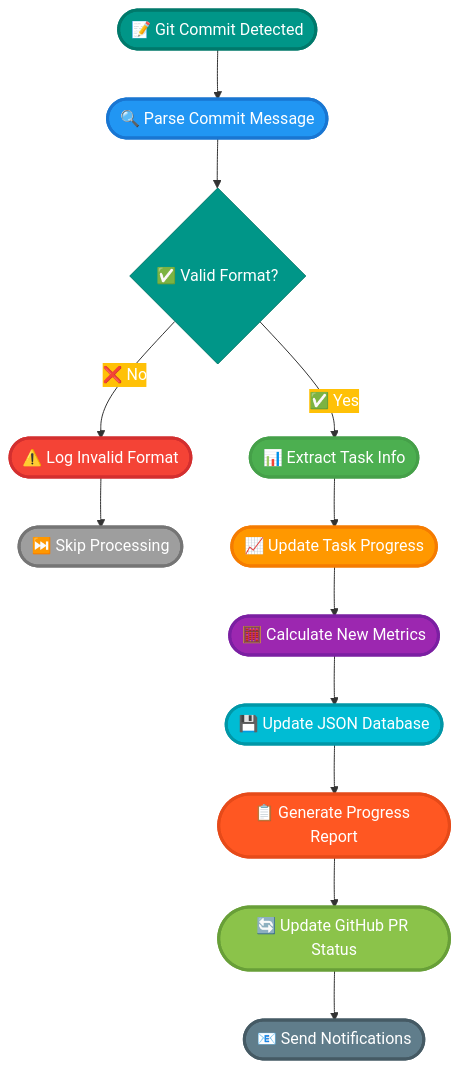
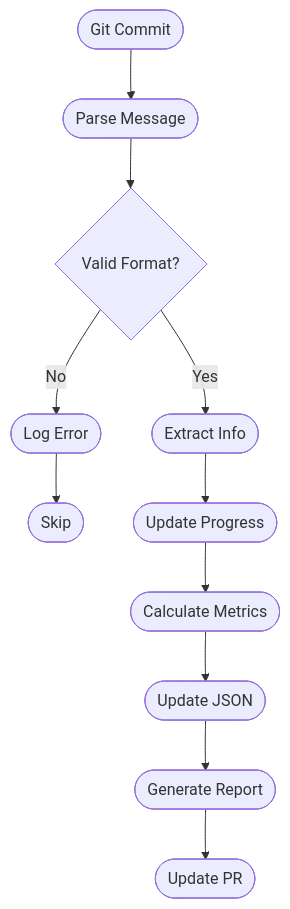
The fifth of 9 diagrams in README.md (Shakour-Data/AutoProjectManagement), drawn with Mermaid before and after one commit. The commit also changed other lines of this file, not shown here.

````diff
--- a/README.md
+++ b/README.md
@@ -147,27 +74,13 @@
 ```mermaid
-%%{init: {'theme':'base', 'themeVariables': { 'primaryColor': '#009688', 'primaryTextColor': '#fff', 'primaryBorderColor': '#00796B', 'lineColor': '#333', 'secondaryColor': '#FFC107', 'tertiaryColor': '#fff'}}}%%
 flowchart TD
-    A([📝 Git Commit Detected]) --> B([🔍 Parse Commit Message])
-    B --> C{✅ Valid Format?}
-    C -->|✅ Yes| D([📊 Extract Task Info])
-    C -->|❌ No| E([⚠️ Log Invalid Format])
-    E --> F([⏭️ Skip Processing])
-    D --> G([📈 Update Task Progress])
-    G --> H([🧮 Calculate New Metrics])
-    H --> I([💾 Update JSON Database])
-    I --> J([📋 Generate Progress Report])
-    J --> K([🔄 Update GitHub PR Status])
-    K --> L([📧 Send Notifications])
-    
-    style A fill:#009688,stroke:#00796B,stroke-width:3px,color:#fff
-    style B fill:#2196F3,stroke:#1976D2,stroke-width:3px,color:#fff
-    style D fill:#4CAF50,stroke:#45a049,stroke-width:3px,color:#fff
-    style E fill:#F44336,stroke:#D32F2F,stroke-width:3px,color:#fff
-    style F fill:#9E9E9E,stroke:#757575,stroke-width:3px,color:#fff
-    style G fill:#FF9800,stroke:#F57C00,stroke-width:3px,color:#fff
-    style H fill:#9C27B0,stroke:#7B1FA2,stroke-width:3px,color:#fff
-    style I fill:#00BCD4,stroke:#0097A7,stroke-width:3px,color:#fff
-    style J fill:#FF5722,stroke:#E64A19,stroke-width:3px,color:#fff
-    style K fill:#8BC34A,stroke:#689F38,stroke-width:3px,color:#fff
-    style L fill:#607D8B,stroke:#455A64,stroke-width:3px,color:#fff
+    A([Git Commit]) --> B([Parse Message])
+    B --> C{Valid Format?}
+    C -->|Yes| D([Extract Info])
+    C -->|No| E([Log Error])
+    E --> F([Skip])
+    D --> G([Update Progress])
+    G --> H([Calculate Metrics])
+    H --> I([Update JSON])
+    I --> J([Generate Report])
+    J --> K([Update PR])
 ```
````
